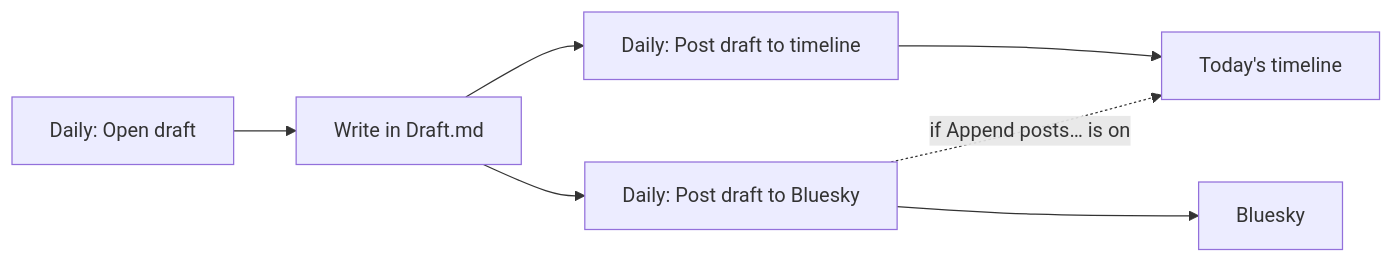
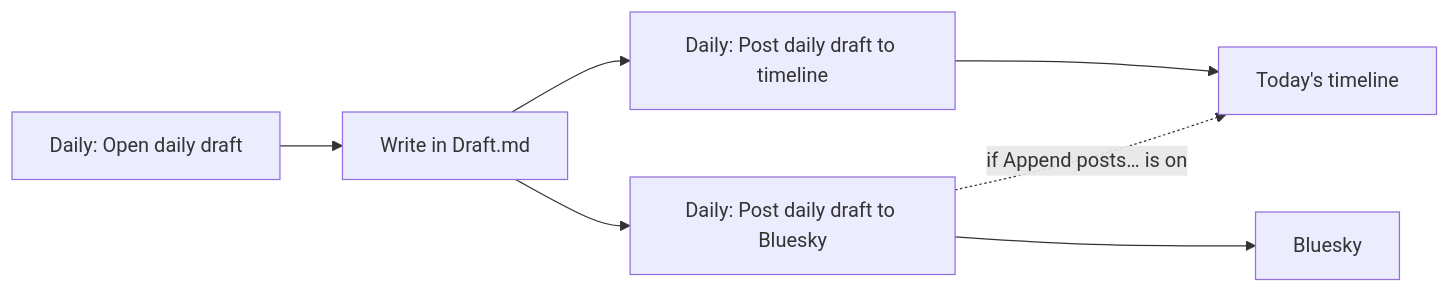
One commit to masaki39/obsidian-crystal changed the diagram in docs/en/daily-notes.md. Above: the diagram before and after it, drawn with Mermaid. The commit also changed other lines of this file and 37 other files, not shown here.

````diff
--- a/docs/en/daily-notes.md
+++ b/docs/en/daily-notes.md
@@ -87,9 +87,9 @@
 ```mermaid
 flowchart LR
-  A["Daily: Open draft"] --> B[Write in Draft.md]
-  B --> C["Daily: Post draft to timeline"]
-  B --> D["Daily: Post draft to Bluesky"]
+  A["Daily: Open daily draft"] --> B[Write in Draft.md]
+  B --> C["Daily: Post daily draft to timeline"]
+  B --> D["Daily: Post daily draft to Bluesky"]
   C --> E[Today's timeline]
   D --> F[Bluesky]
   D -. "if Append posts… is on" .-> E
 ```
````
